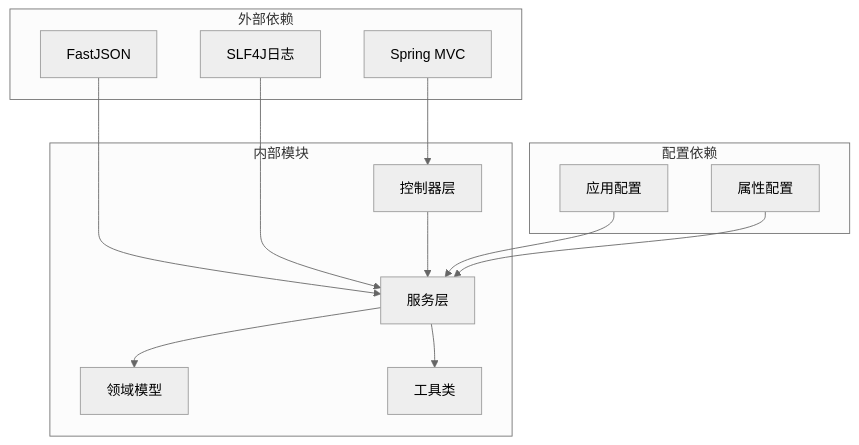
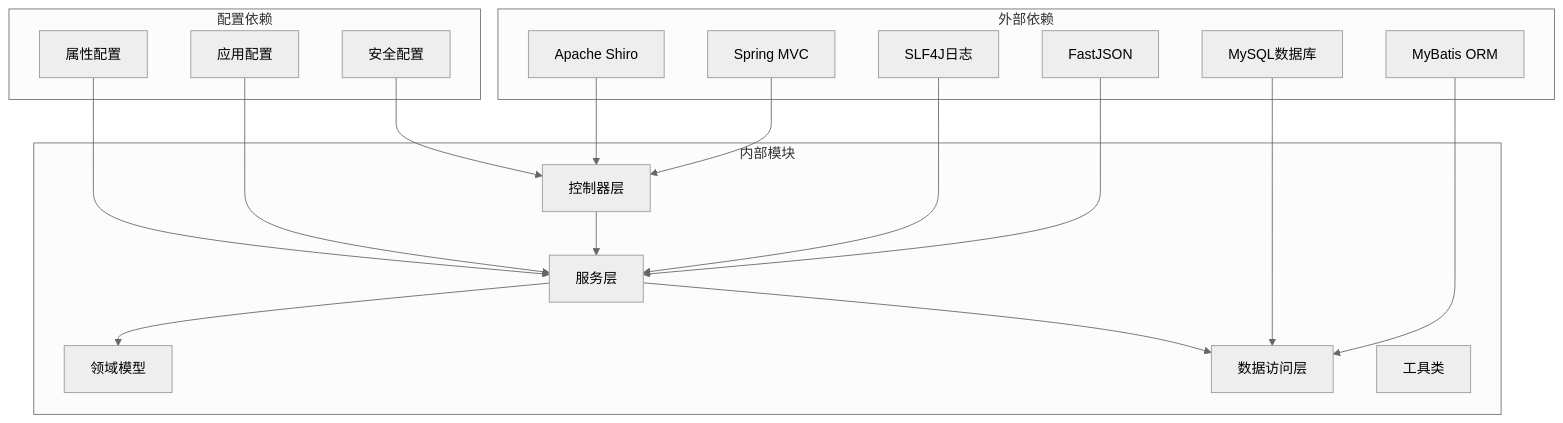
Before and after one commit to xionghao5/ruoyi-demo: diagram 16 of 17 in .qoder/repowiki/zh/content/AI智能问答模块.md, drawn with Mermaid (neutral theme). The commit also changed other lines of this file and 3 other files, not shown here.

````diff
--- a/.qoder/repowiki/zh/content/AI智能问答模块.md
+++ b/.qoder/repowiki/zh/content/AI智能问答模块.md
@@ -336,26 +622,35 @@
 ```mermaid
 graph TB
 subgraph "外部依赖"
 SpringMVC[Spring MVC]
 FastJSON[FastJSON]
 SLF4J[SLF4J日志]
+MyBatis[MyBatis ORM]
+MySQL[MySQL数据库]
+Shiro[Apache Shiro]
 end
 subgraph "内部模块"
 Controller[控制器层]
 Service[服务层]
 Domain[领域模型]
+Mapper[数据访问层]
 Utils[工具类]
 end
 subgraph "配置依赖"
 Config[应用配置]
 Properties[属性配置]
+Security[安全配置]
 end
 SpringMVC --> Controller
 FastJSON --> Service
 SLF4J --> Service
+MyBatis --> Mapper
+MySQL --> Mapper
+Shiro --> Controller
 Controller --> Service
 Service --> Domain
-Service --> Utils
+Service --> Mapper
 Config --> Service
 Properties --> Service
+Security --> Controller
 ```
````
